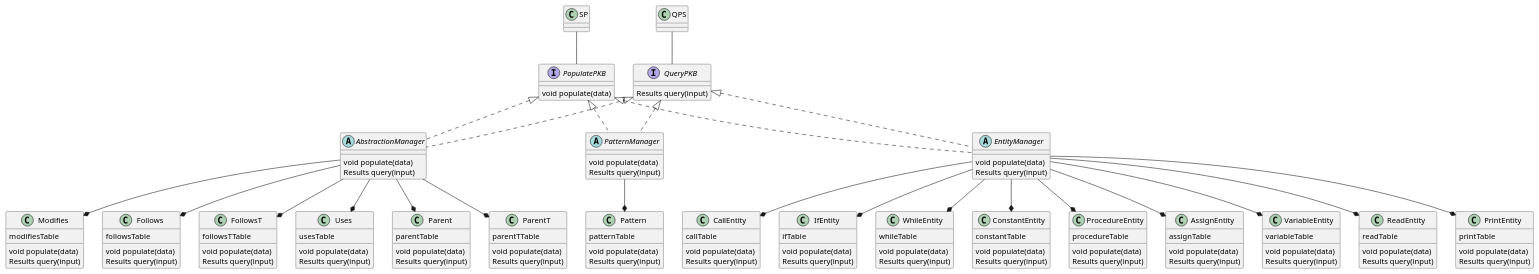
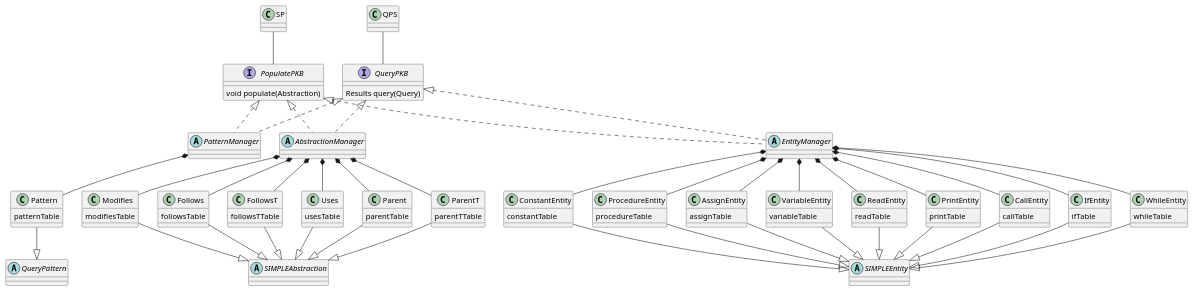
One commit to mazx4960/static-analyzer changed the diagram in docs/diagrams/PKBClassDiagram.puml. Above: the diagram before and after it, drawn with PlantUML. The commit also changed 2 other files, not shown here.

```diff
--- a/docs/diagrams/PKBClassDiagram.puml
+++ b/docs/diagrams/PKBClassDiagram.puml
@@ -1,159 +1,139 @@
 @startuml
 
-class SP {}
-
-class QPS {}
+class SP
+class QPS
 
 interface PopulatePKB {
-	void populate(data)
+	void populate(Abstraction)
 }
 
 interface QueryPKB {
-	Results query(input)
+	Results query(Query)
 }
 
-abstract class "EntityManager" {
-	void populate(data)
-	Results query(input)
-}
+abstract class "EntityManager"
+abstract class "AbstractionManager"
+abstract class "PatternManager"
 
-abstract class "PatternManager" {
-	void populate(data)
-	Results query(input)
-}
-
-abstract class "AbstractionManager" {
-	void populate(data)
-	Results query(input)
-}
+abstract class "SIMPLEAbstraction"
+abstract class "SIMPLEEntity"
+abstract class "QueryPattern"
 
 class VariableEntity {
 	variableTable
-	void populate(data)
-	Results query(input)
 }
 
 class ReadEntity {
 	readTable
-	void populate(data)
-	Results query(input)
 }
 
 class PrintEntity {
 	printTable
-	void populate(data)
-	Results query(input)
 }
 
 class CallEntity {
 	callTable
-	void populate(data)
-	Results query(input)
 }
 
 class IfEntity {
 	ifTable
-	void populate(data)
-	Results query(input)
 }
 
 class WhileEntity {
 	whileTable
-	void populate(data)
-	Results query(input)
 }
 
 
 class ConstantEntity {
 	constantTable
-	void populate(data)
-	Results query(input)
 }
 
 
 class ProcedureEntity {
 	procedureTable
-	void populate(data)
-	Results query(input)
 }
 
 class AssignEntity {
 	assignTable
-	void populate(data)
-	Results query(input)
 }
 
  class Pattern {
 	patternTable
-	void populate(data)
-	Results query(input)
 }
 
 class Modifies {
 	modifiesTable
-	void populate(data)
-	Results query(input)
 }
 
 class Follows {
 	followsTable
-	void populate(data)
-	Results query(input)
 }
 
 class FollowsT{
 	followsTTable
-	void populate(data)
-	Results query(input)
 }
 
 class Uses { 
 	usesTable
-	void populate(data)
-	Results query(input)
 }
 
 class Parent{
 	parentTable
-	void populate(data)
-	Results query(input)
 }
 
 class ParentT{
 	parentTTable
-	void populate(data)
-	Results query(input)
 }
 
 
 SP -down- PopulatePKB
 
 QPS -down- QueryPKB
 
 PopulatePKB <|.down. EntityManager
 QueryPKB <|.down. EntityManager
 
 PopulatePKB <|.down.  PatternManager
 QueryPKB <|.down. PatternManager
 
 PopulatePKB <|.down.  AbstractionManager
 QueryPKB <|.down. AbstractionManager
 
-VariableEntity  *-up- EntityManager
-ReadEntity  *-up- EntityManager
-PrintEntity  *-up- EntityManager
-CallEntity  *-up- EntityManager
-IfEntity  *-up- EntityManager
-WhileEntity  *-up- EntityManager
-ConstantEntity  *-up- EntityManager
-ProcedureEntity  *-up- EntityManager
-AssignEntity  *-up- EntityManager
-Pattern *-up- PatternManager
-Modifies *-up- AbstractionManager
-Follows *-up- AbstractionManager
-FollowsT *-up- AbstractionManager
-Uses *-up- AbstractionManager
-Parent *-up- AbstractionManager
-ParentT *-up- AbstractionManager
+VariableEntity  -up-* EntityManager
+ReadEntity  -up-* EntityManager
+PrintEntity  -up-* EntityManager
+CallEntity  -up-* EntityManager
+IfEntity  -up-* EntityManager
+WhileEntity  -up-* EntityManager
+ConstantEntity  -up-* EntityManager
+ProcedureEntity  -up-* EntityManager
+AssignEntity  -up-* EntityManager
+
+VariableEntity -down-|> SIMPLEEntity
+ReadEntity -down-|> SIMPLEEntity
+PrintEntity -down-|> SIMPLEEntity
+CallEntity -down-|> SIMPLEEntity
+IfEntity -down-|> SIMPLEEntity
+WhileEntity -down-|> SIMPLEEntity
+ConstantEntity -down-|> SIMPLEEntity
+ProcedureEntity -down-|> SIMPLEEntity
+AssignEntity -down-|> SIMPLEEntity
+
+Modifies -up-* AbstractionManager
+Follows -up-* AbstractionManager
+FollowsT -up-* AbstractionManager
+Uses -up-* AbstractionManager
+Parent -up-* AbstractionManager
+ParentT -up-* AbstractionManager
+
+Modifies -down-|> SIMPLEAbstraction
+Follows -down-|> SIMPLEAbstraction
+FollowsT -down-|> SIMPLEAbstraction
+Uses -down-|> SIMPLEAbstraction
+Parent -down-|> SIMPLEAbstraction
+ParentT -down-|> SIMPLEAbstraction
+
+Pattern -up-* PatternManager
+Pattern -down-|> QueryPattern
 
 @enduml
```
